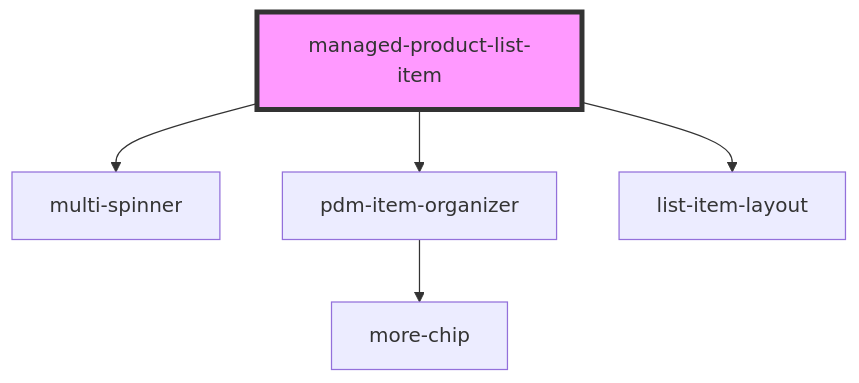
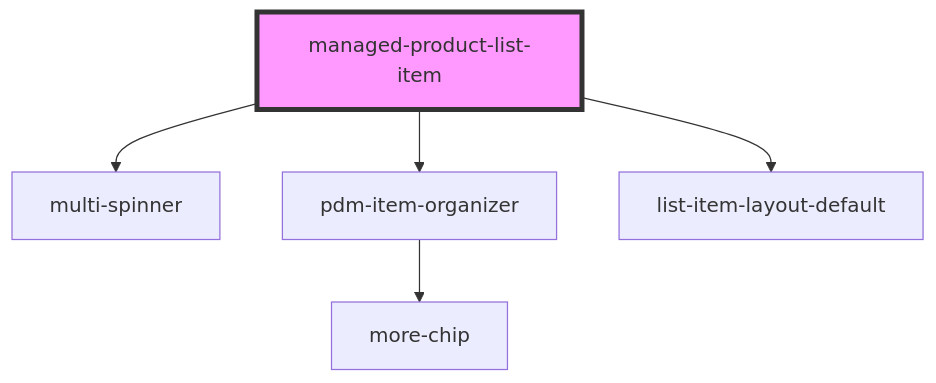
The diagram in pdm-web-components/src/components/managed-product-list-item/readme.md (PharmaLedger-IMI/fgt-workspace), drawn with Mermaid before and after one commit. The commit also changed other lines of this file and 1 other file, not shown here.

Commit message:
refs #51 managed product list item now implements new layout

````diff
--- a/pdm-web-components/src/components/managed-product-list-item/readme.md
+++ b/pdm-web-components/src/components/managed-product-list-item/readme.md
@@ -46,8 +47,8 @@
 ```mermaid
 graph TD;
   managed-product-list-item --> multi-spinner
   managed-product-list-item --> pdm-item-organizer
-  managed-product-list-item --> list-item-layout
+  managed-product-list-item --> list-item-layout-default
   pdm-item-organizer --> more-chip
   style managed-product-list-item fill:#f9f,stroke:#333,stroke-width:4px
 ```
````
